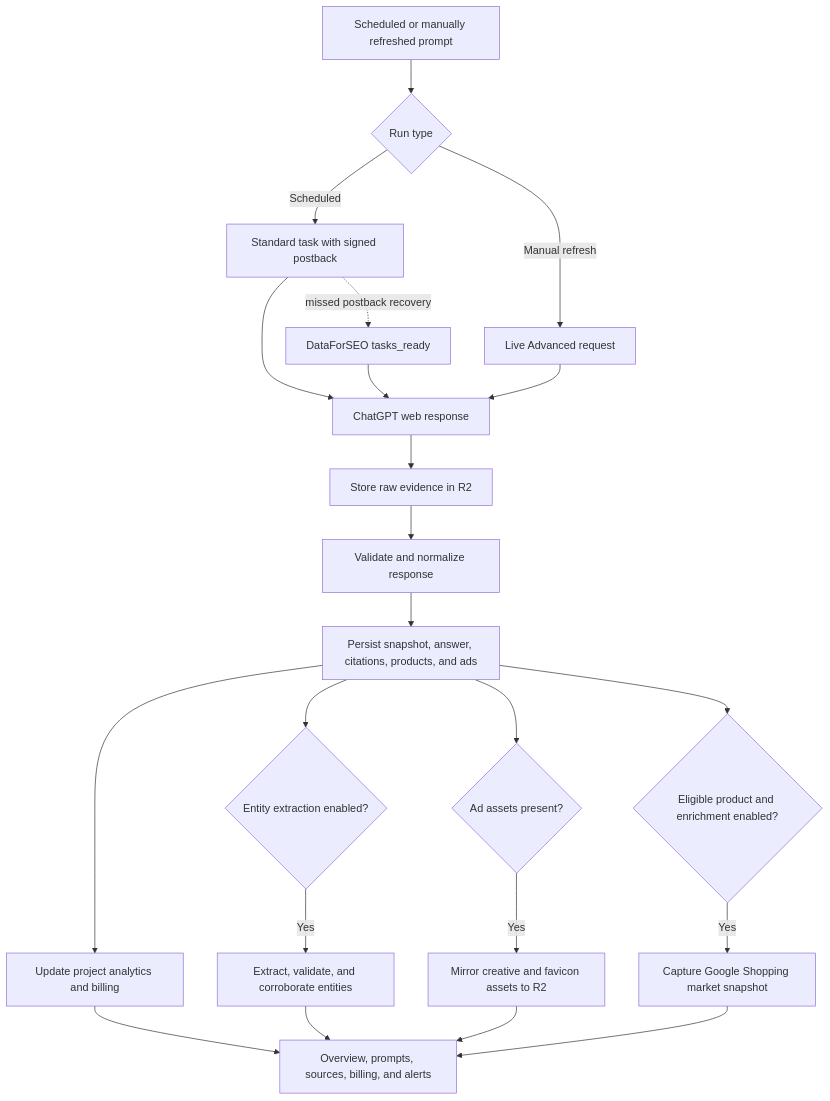
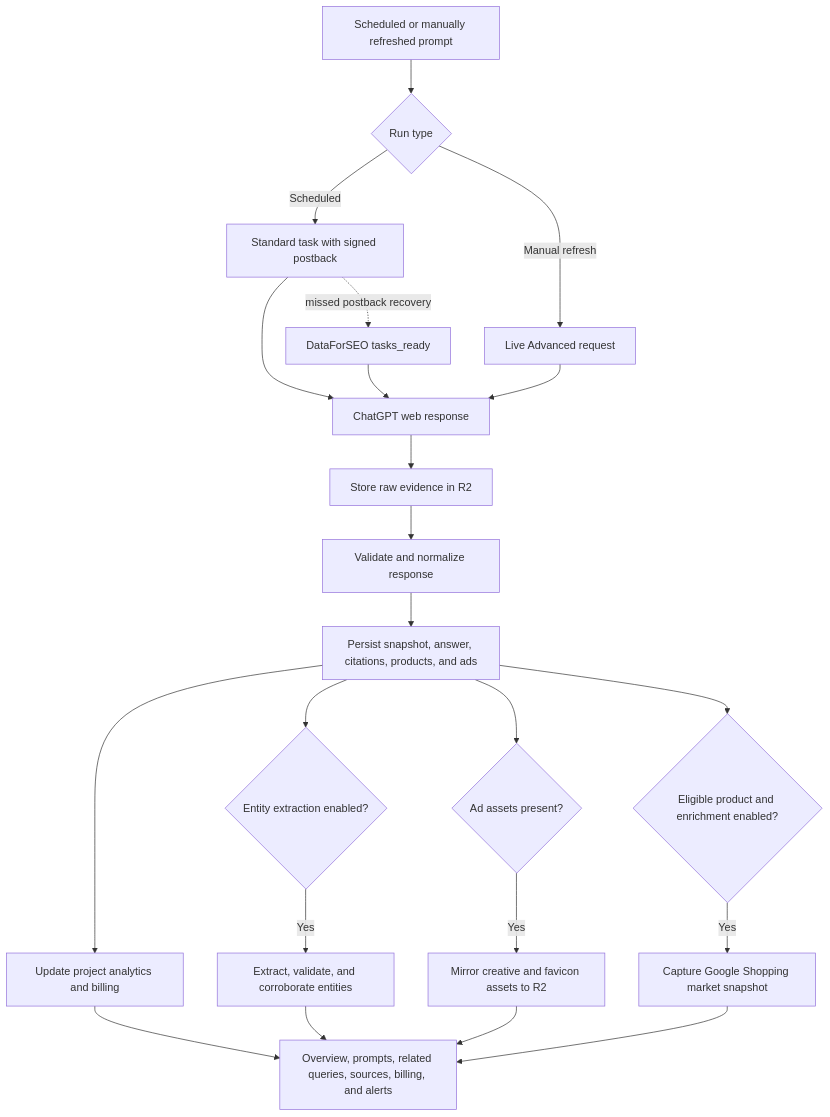
The second of 3 diagrams in README.md (GetBelki/belki), drawn with Mermaid before and after one commit. The commit also changed other lines of this file and 16 other files, not shown here.

First line of the commit message:
Add related queries analytics (#29)

````diff
--- a/README.md
+++ b/README.md
@@ -124,27 +127,27 @@
 ```mermaid
 flowchart TD
   Prompt[Scheduled or manually refreshed prompt] --> Mode{Run type}
   Mode -->|Scheduled| Standard[Standard task with signed postback]
   Mode -->|Manual refresh| Live[Live Advanced request]
   Standard --> Capture[ChatGPT web response]
   Live --> Capture
   Standard -. missed postback recovery .-> Ready[DataForSEO tasks_ready]
   Ready --> Capture
 
   Capture --> Evidence[Store raw evidence in R2]
   Evidence --> Normalize[Validate and normalize response]
   Normalize --> Snapshot[Persist snapshot, answer, citations, products, and ads]
   Snapshot --> Rollup[Update project analytics and billing]
   Snapshot --> Entities{Entity extraction enabled?}
   Snapshot --> Ads{Ad assets present?}
   Snapshot --> Shopping{Eligible product and enrichment enabled?}
 
   Entities -->|Yes| NER[Extract, validate, and corroborate entities]
   Ads -->|Yes| Assets[Mirror creative and favicon assets to R2]
   Shopping -->|Yes| ProductInfo[Capture Google Shopping market snapshot]
 
-  Rollup --> Dashboard[Overview, prompts, sources, billing, and alerts]
+  Rollup --> Dashboard[Overview, prompts, related queries, sources, billing, and alerts]
   NER --> Dashboard
   Assets --> Dashboard
   ProductInfo --> Dashboard
 ```
````
